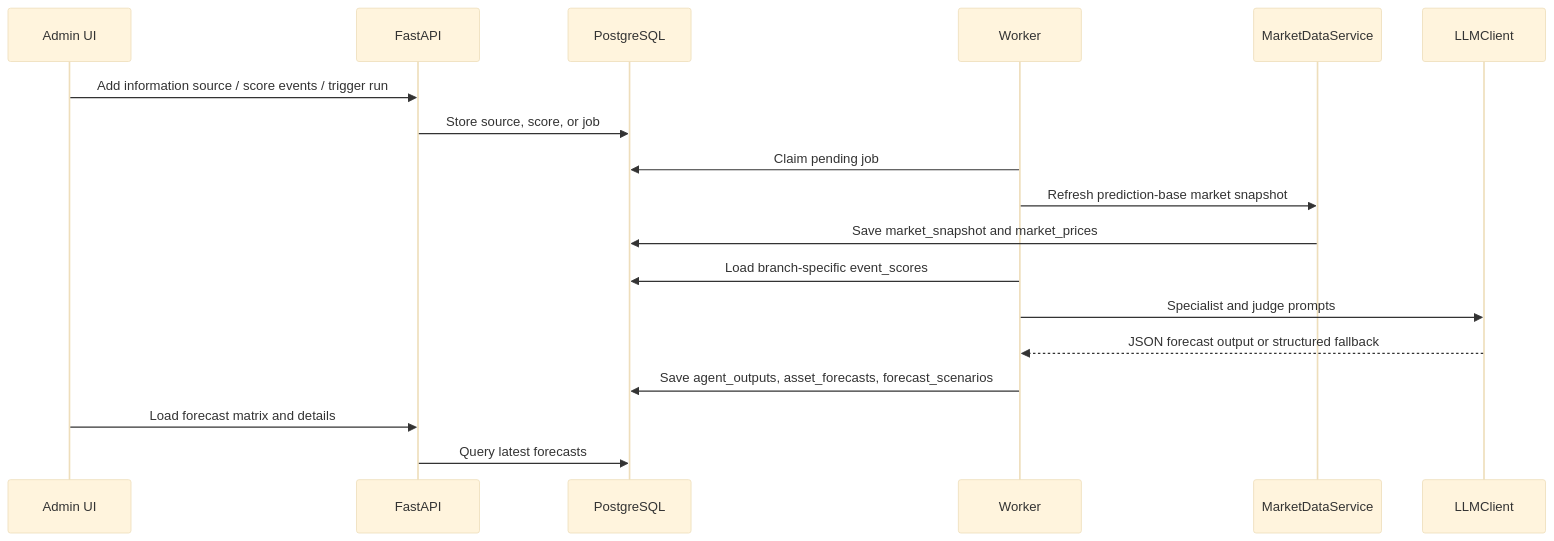
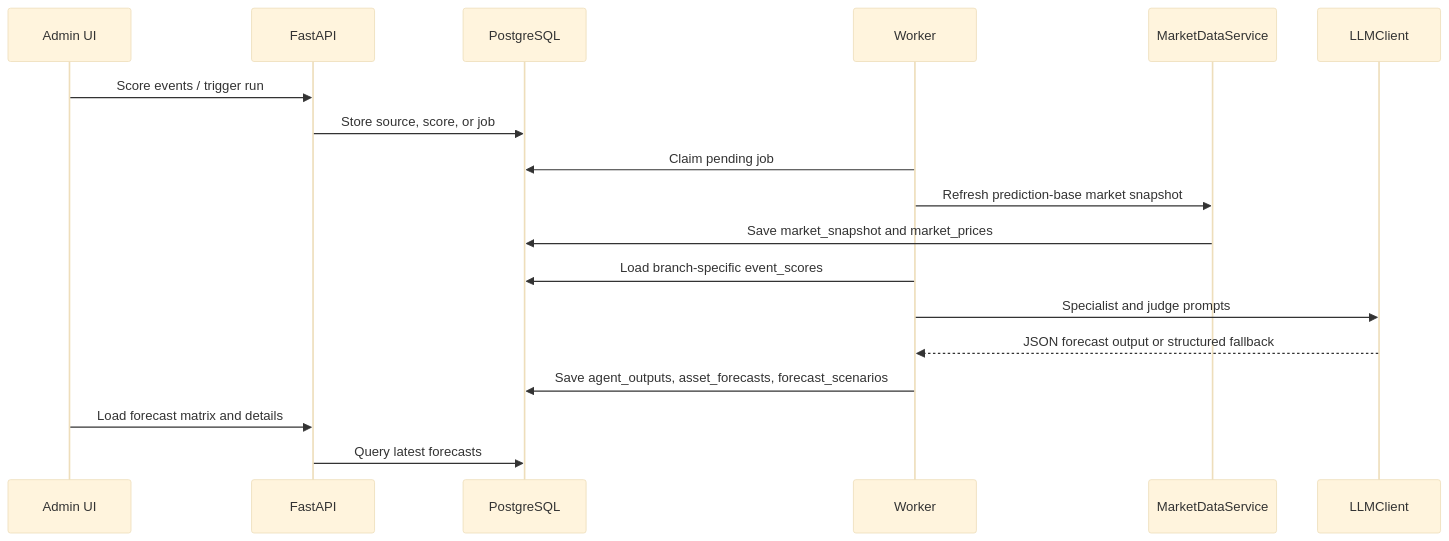
Before and after one commit to chachabu/asset-worldline-agent: the third of 4 diagrams in docs/architecture.md, drawn with Mermaid (base theme). The commit also changed other lines of this file and 1 other file, not shown here.

````diff
--- a/docs/architecture.md
+++ b/docs/architecture.md
@@ -85,21 +106,21 @@
 ```mermaid
 sequenceDiagram
     participant Admin as Admin UI
     participant API as FastAPI
     participant DB as PostgreSQL
     participant Worker as Worker
     participant Market as MarketDataService
     participant LLM as LLMClient
 
-    Admin->>API: Add information source / score events / trigger run
+    Admin->>API: Score events / trigger run
     API->>DB: Store source, score, or job
     Worker->>DB: Claim pending job
     Worker->>Market: Refresh prediction-base market snapshot
     Market->>DB: Save market_snapshot and market_prices
     Worker->>DB: Load branch-specific event_scores
     Worker->>LLM: Specialist and judge prompts
     LLM-->>Worker: JSON forecast output or structured fallback
     Worker->>DB: Save agent_outputs, asset_forecasts, forecast_scenarios
     Admin->>API: Load forecast matrix and details
     API->>DB: Query latest forecasts
 ```
````
